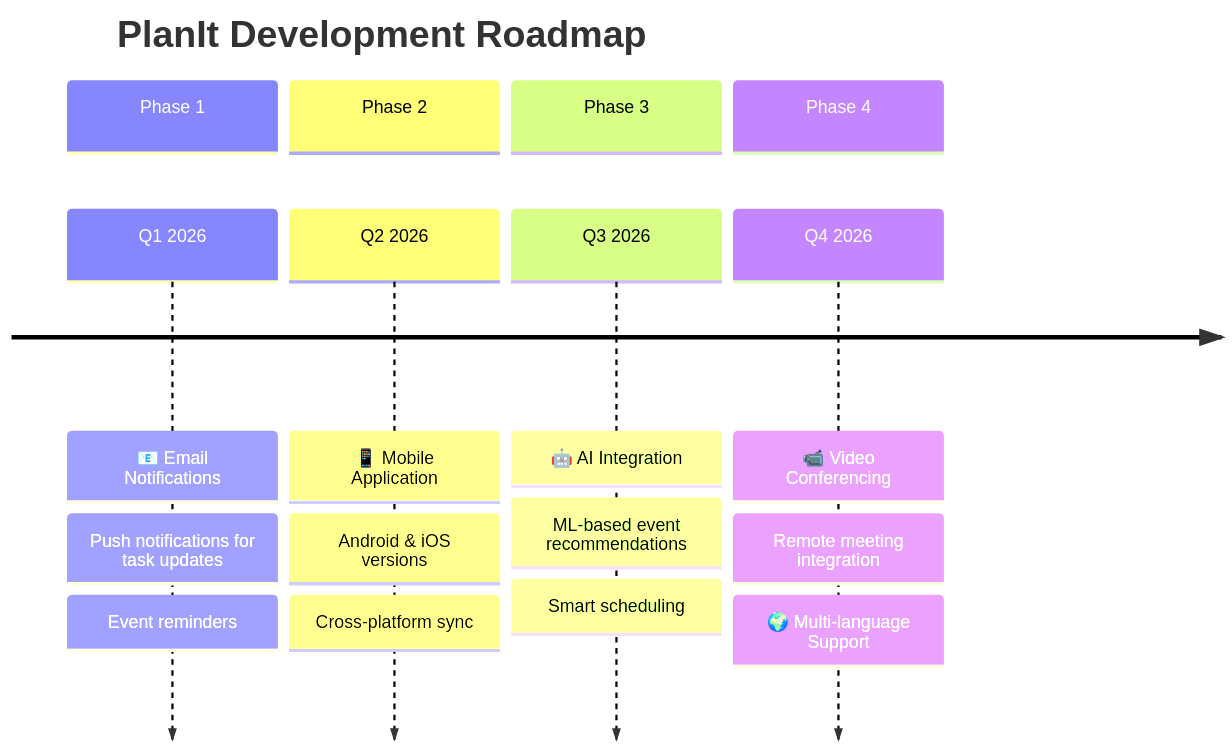
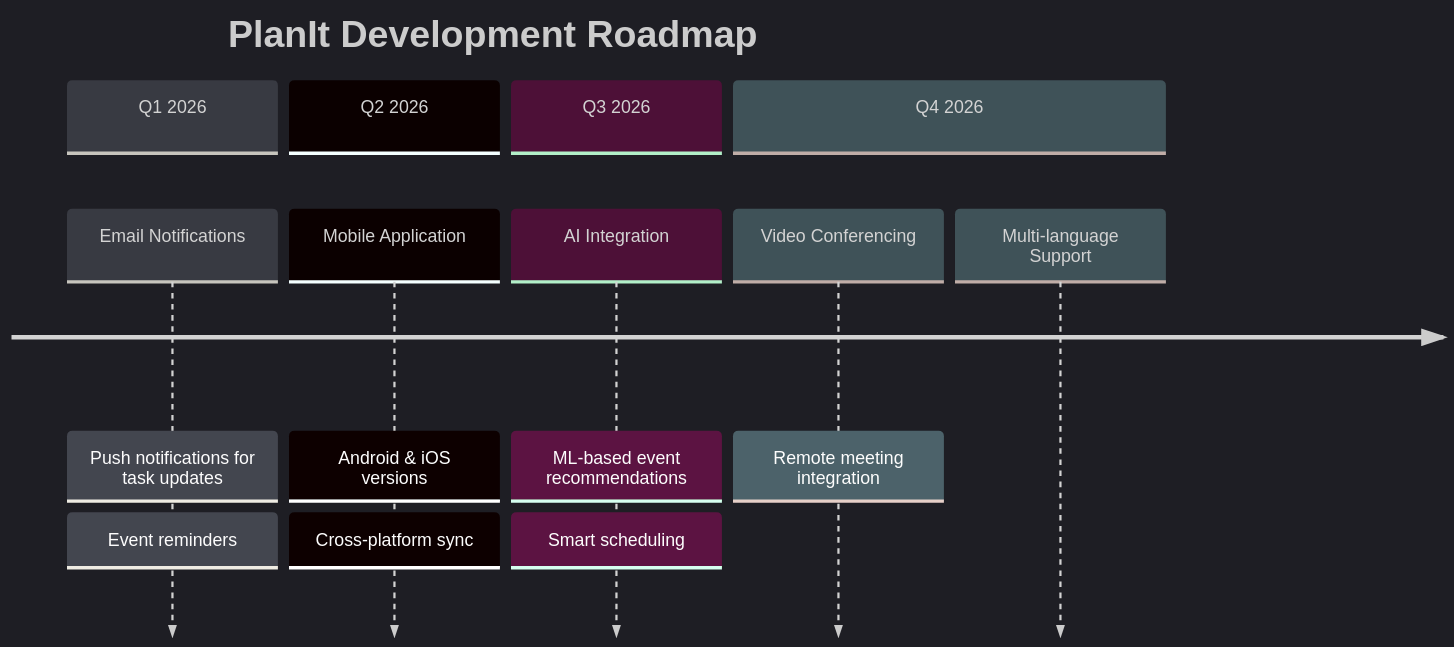
Before and after one commit to Ir-Rafi/PlanIt: the fifth of 5 diagrams in README.md, drawn with Mermaid. The commit also changed other lines of this file, not shown here.

````diff
--- a/README.md
+++ b/README.md
@@ -351,24 +345,14 @@
 ```mermaid
+%%{init: {'theme': 'dark', 'themeVariables': { 'primaryColor': '#383a42', 'primaryTextColor': '#abb2bf', 'lineColor': '#6b83aA', 'secondaryColor': '#282c34', 'tertiaryColor': '#21252b'}}}%%
 timeline
     title PlanIt Development Roadmap
-    
-    section Phase 1
-        Q1 2026 :  📧 Email Notifications
-               :  Push notifications for task updates
-               : Event reminders
-    
-    section Phase 2
-        Q2 2026 : 📱 Mobile Application
-               : Android & iOS versions
-               : Cross-platform sync
-    
-    section Phase 3
-        Q3 2026 :  🤖 AI Integration
-               :  ML-based event recommendations
-               : Smart scheduling
-    
-    section Phase 4
-        Q4 2026 : 📹 Video Conferencing
-               : Remote meeting integration
-               : 🌍 Multi-language Support
+    section Q1 2026
+        Email Notifications : Push notifications for task updates : Event reminders
+    section Q2 2026
+        Mobile Application : Android & iOS versions : Cross-platform sync
+    section Q3 2026
+        AI Integration : ML-based event recommendations : Smart scheduling
+    section Q4 2026
+        Video Conferencing : Remote meeting integration
+        Multi-language Support
 ```
````
